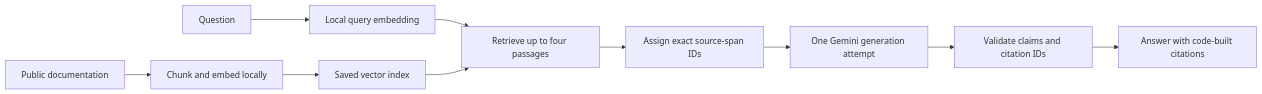
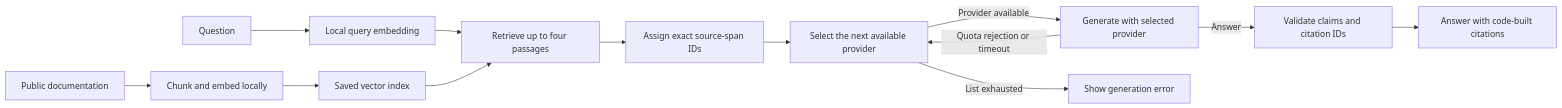
One commit to nhbl-ai/rag-study-buddy changed the diagram in README.md. Above: the diagram before and after it, drawn with Mermaid. The commit also changed other lines of this file and 10 other files, not shown here.

Commit message:
feat: add quota and timeout failover for answer providers

````diff
--- a/README.md
+++ b/README.md
@@ -21,12 +21,15 @@
 ```mermaid
 flowchart LR
     D[Public documentation] --> I[Chunk and embed locally]
     I --> V[Saved vector index]
     Q[Question] --> E[Local query embedding]
     E --> R[Retrieve up to four passages]
     V --> R
     R --> S[Assign exact source-span IDs]
-    S --> G[One Gemini generation attempt]
-    G --> C[Validate claims and citation IDs]
+    S --> F[Select the next available provider]
+    F -->|Provider available| G[Generate with selected provider]
+    F -->|List exhausted| X[Show generation error]
+    G -->|Quota rejection or timeout| F
+    G -->|Answer| C[Validate claims and citation IDs]
     C --> A[Answer with code-built citations]
 ```
````
